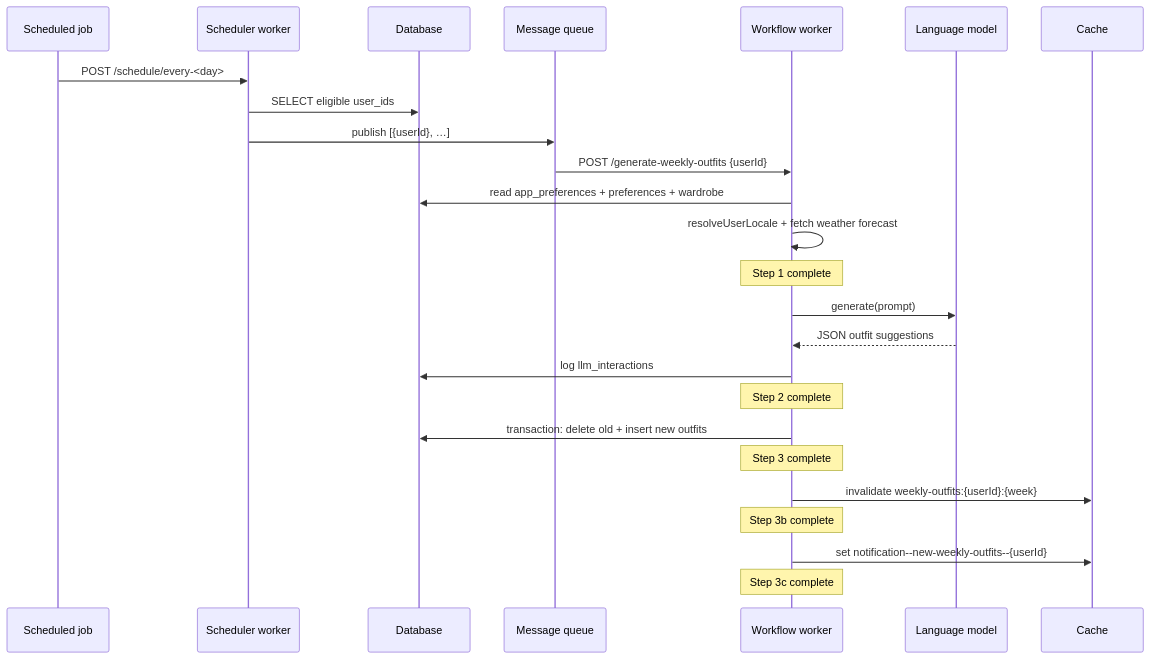
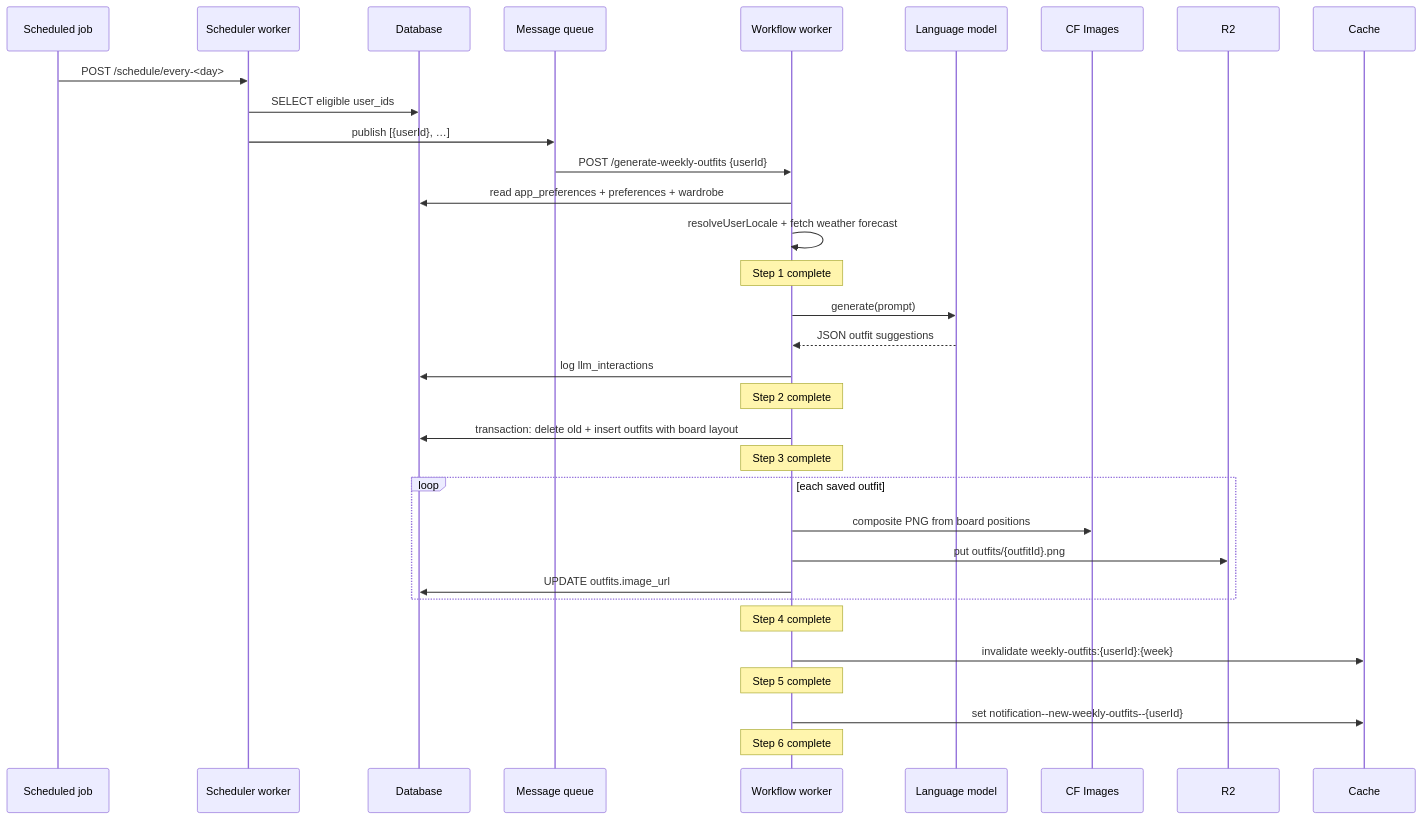
The third of 3 diagrams in apps/worker-ai-workflows/docs/WEEKLY_OUTFITS_WORKFLOW.md (emmanuelviniciusdev/SkyDIIV--backstage), drawn with Mermaid before and after one commit. The commit also changed other lines of this file and 18 other files, not shown here.

First line of the commit message:
feat(worker-ai-workflows): add creative-board layout and thumbnails to weekly outfits

````diff
--- a/apps/worker-ai-workflows/docs/WEEKLY_OUTFITS_WORKFLOW.md
+++ b/apps/worker-ai-workflows/docs/WEEKLY_OUTFITS_WORKFLOW.md
@@ -512,33 +579,42 @@
 ```mermaid
 sequenceDiagram
     participant CRON as Scheduled job
     participant SCH as Scheduler worker
     participant DB as Database
     participant MQ as Message queue
     participant WF as Workflow worker
     participant LLM as Language model
+    participant CFI as CF Images
+    participant R2 as R2
     participant CACHE as Cache
 
     CRON->>SCH: POST /schedule/every-<day>
     SCH->>DB: SELECT eligible user_ids
     SCH->>MQ: publish [{userId}, …]
     MQ->>WF: POST /generate-weekly-outfits {userId}
 
     WF->>DB: read app_preferences + preferences + wardrobe
     WF->>WF: resolveUserLocale + fetch weather forecast
     Note over WF: Step 1 complete
 
     WF->>LLM: generate(prompt)
     LLM-->>WF: JSON outfit suggestions
     WF->>DB: log llm_interactions
     Note over WF: Step 2 complete
 
-    WF->>DB: transaction: delete old + insert new outfits
+    WF->>DB: transaction: delete old + insert outfits with board layout
     Note over WF: Step 3 complete
 
+    loop each saved outfit
+        WF->>CFI: composite PNG from board positions
+        WF->>R2: put outfits/{outfitId}.png
+        WF->>DB: UPDATE outfits.image_url
+    end
+    Note over WF: Step 4 complete
+
     WF->>CACHE: invalidate weekly-outfits:{userId}:{week}
-    Note over WF: Step 3b complete
+    Note over WF: Step 5 complete
 
     WF->>CACHE: set notification--new-weekly-outfits--{userId}
-    Note over WF: Step 3c complete
+    Note over WF: Step 6 complete
 ```
````
